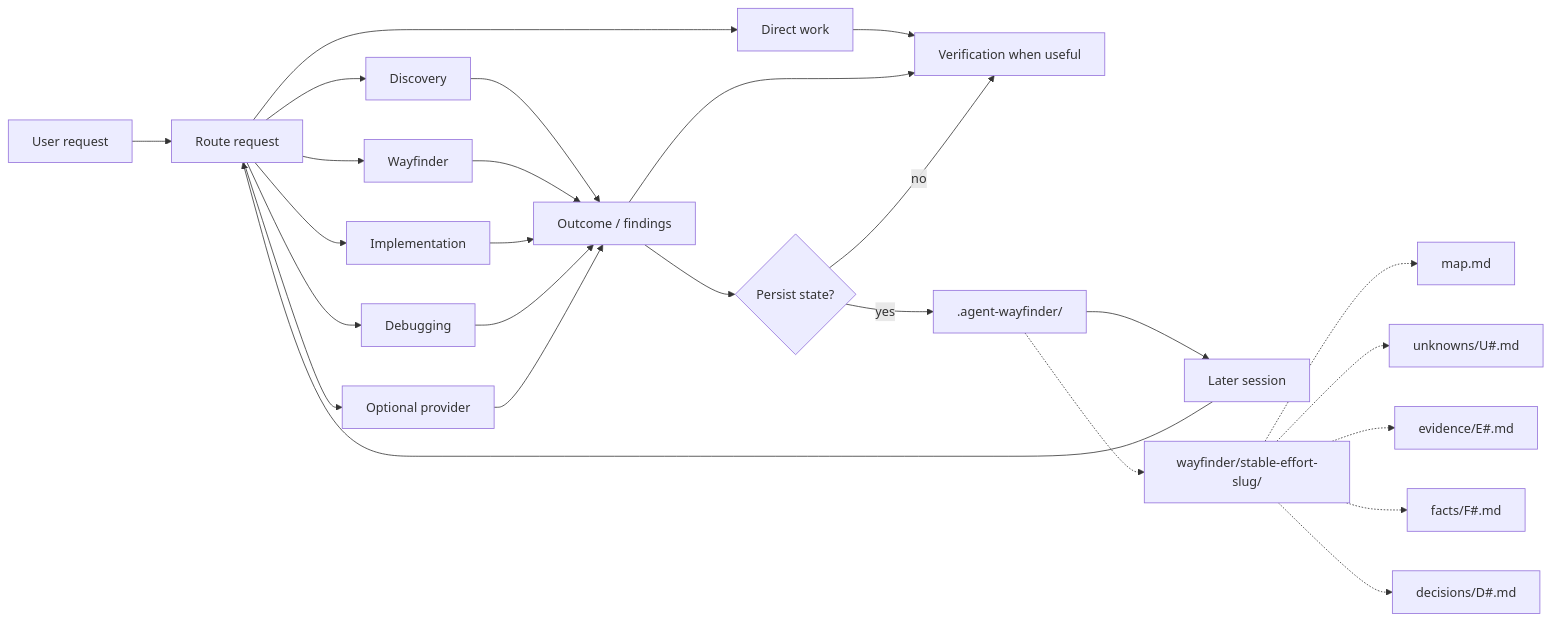
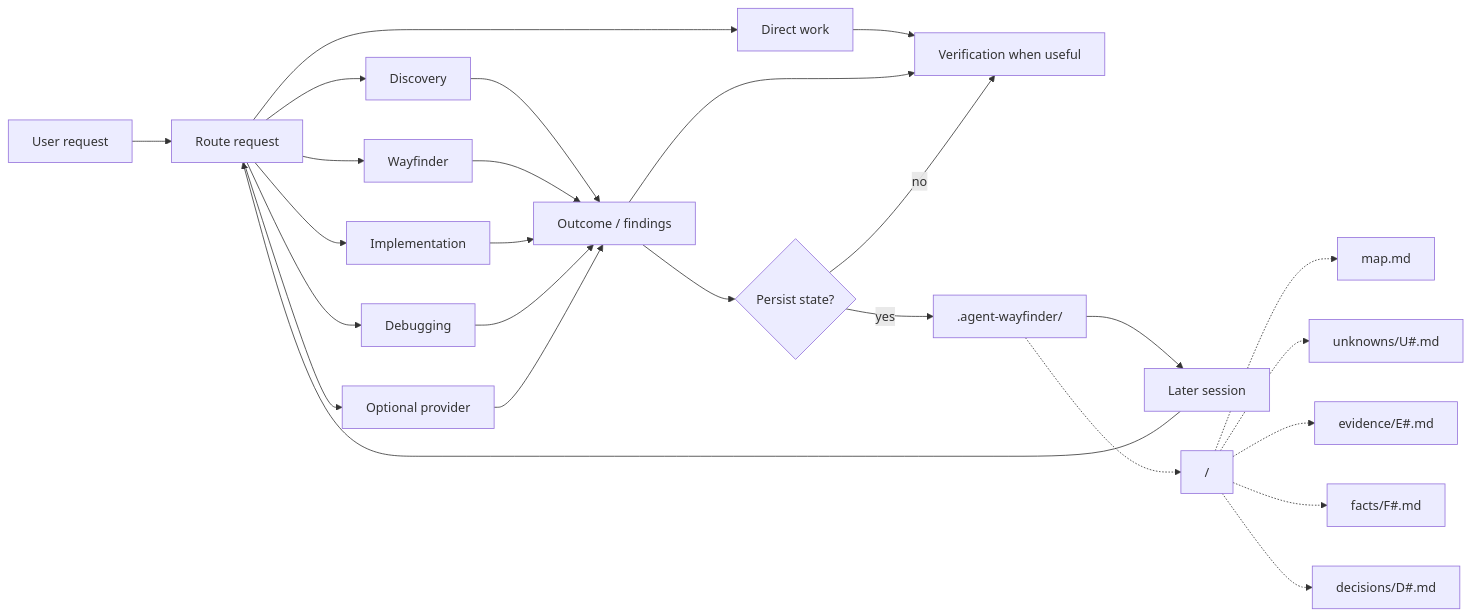
Before and after one commit to jimmfan/agentic-workflow: the diagram in README.md, drawn with Mermaid. The commit also changed 38 other files, not shown here.

First line of the commit message:
Refactor architecture decisions and documentation for clarity and accuracy

````diff
--- a/README.md
+++ b/README.md
@@ -110,35 +110,35 @@
 ```mermaid
 flowchart LR
     request["User request"] --> router["Route request"]
 
     router --> direct["Direct work"]
     router --> discovery["Discovery"]
     router --> wayfinder["Wayfinder"]
     router --> implementation["Implementation"]
     router --> debugging["Debugging"]
     router --> provider["Optional provider"]
 
     discovery --> result["Outcome / findings"]
     wayfinder --> result
     implementation --> result
     debugging --> result
     provider --> result
 
     direct --> verify["Verification when useful"]
     result --> verify
 
     result --> durable{"Persist state?"}
     durable -->|no| verify
     durable -->|yes| state[".agent-wayfinder/"]
 
     state --> resume["Later session"]
     resume --> router
 
-    state -.-> wfstate["wayfinder/stable-effort-slug/"]
+    state -.-> wfstate["<stable-effort-slug>/"]
     wfstate -.-> map["map.md"]
     wfstate -.-> unknowns["unknowns/U#.md"]
     wfstate -.-> evidence["evidence/E#.md"]
     wfstate -.-> facts["facts/F#.md"]
     wfstate -.-> decisions["decisions/D#.md"]
 
 ```
````
